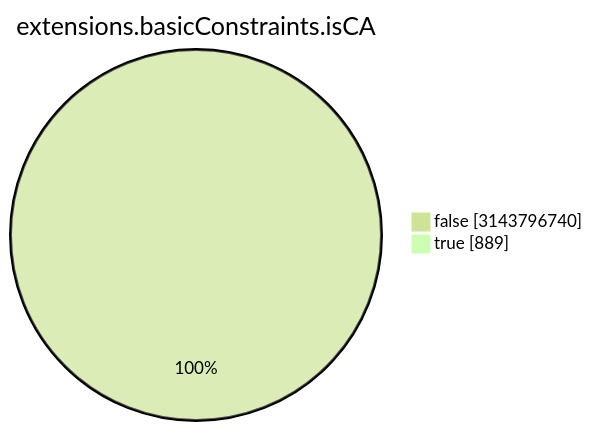
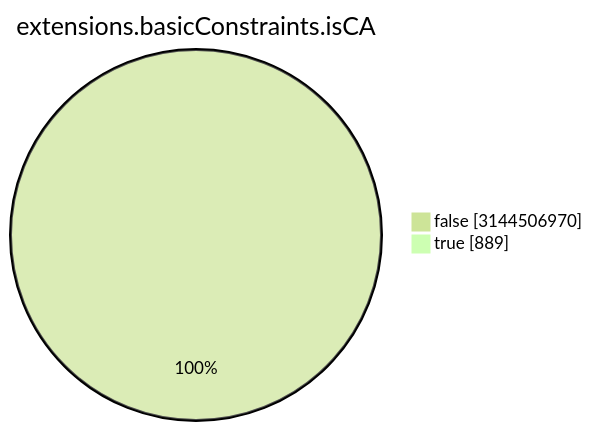
Before and after one commit to christiankrug/ctmonitor_visualization: the seventh of 15 diagrams in TOTAL/README.md, drawn with Mermaid (forest theme). The commit also changed other lines of this file, not shown here.

````diff
--- a/TOTAL/README.md
+++ b/TOTAL/README.md
@@ -3088,6 +3088,6 @@
 ```mermaid
 pie showData
 title extensions.basicConstraints.isCA
-"false" :3143796740
+"false" :3144506970
 "true" :889
 ```
````
